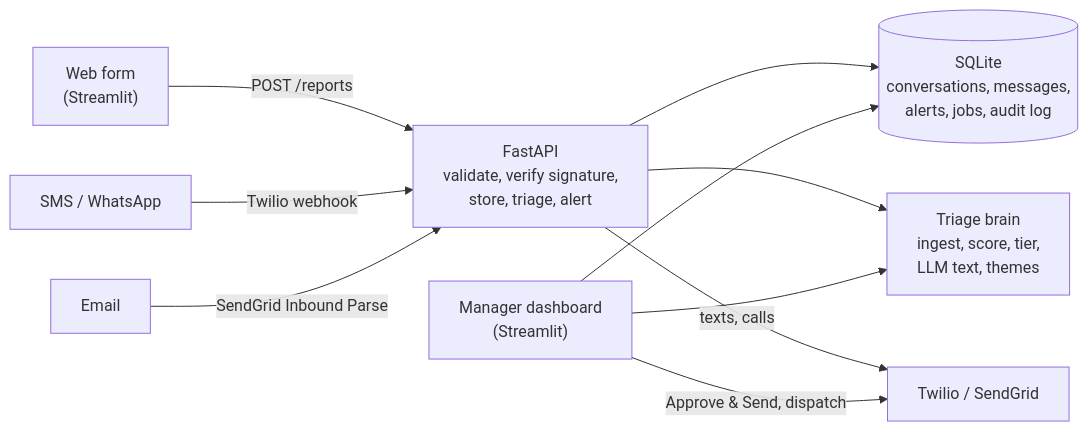
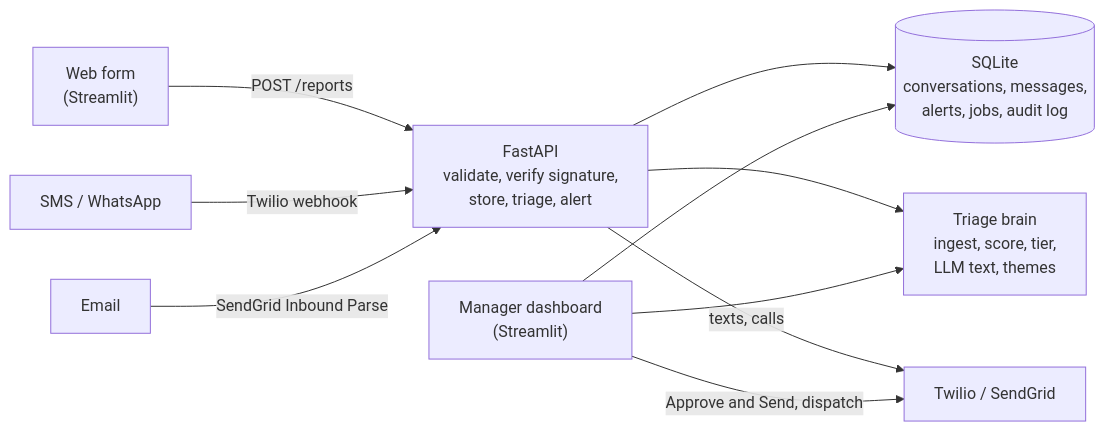
Before and after one commit to KashishhKhann/Hearthline: the first of 9 diagrams in README.md, drawn with Mermaid. The commit also changed other lines of this file, not shown here.

First line of the commit message:
README: add flowcharts, sequence, state and data-model diagrams

````diff
--- a/README.md
+++ b/README.md
@@ -51,12 +53,12 @@
 ```mermaid
 flowchart LR
     form["Web form<br/>(Streamlit)"] -->|POST /reports| api
     sms["SMS / WhatsApp"] -->|Twilio webhook| api
     mail["Email"] -->|SendGrid Inbound Parse| api
     api["FastAPI<br/>validate, verify signature,<br/>store, triage, alert"] --> db[("SQLite<br/>conversations, messages,<br/>alerts, jobs, audit log")]
     api --> brain["Triage brain<br/>ingest, score, tier,<br/>LLM text, themes"]
     api -->|texts, calls| twilio["Twilio / SendGrid"]
     dash["Manager dashboard<br/>(Streamlit)"] --> brain
     dash --> db
-    dash -->|Approve & Send, dispatch| twilio
+    dash -->|Approve and Send, dispatch| twilio
 ```
````
